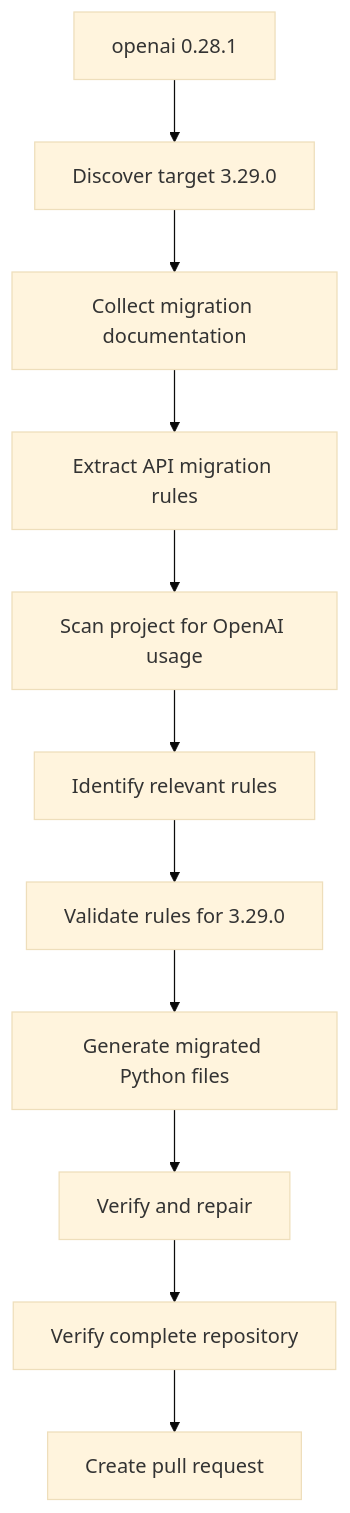
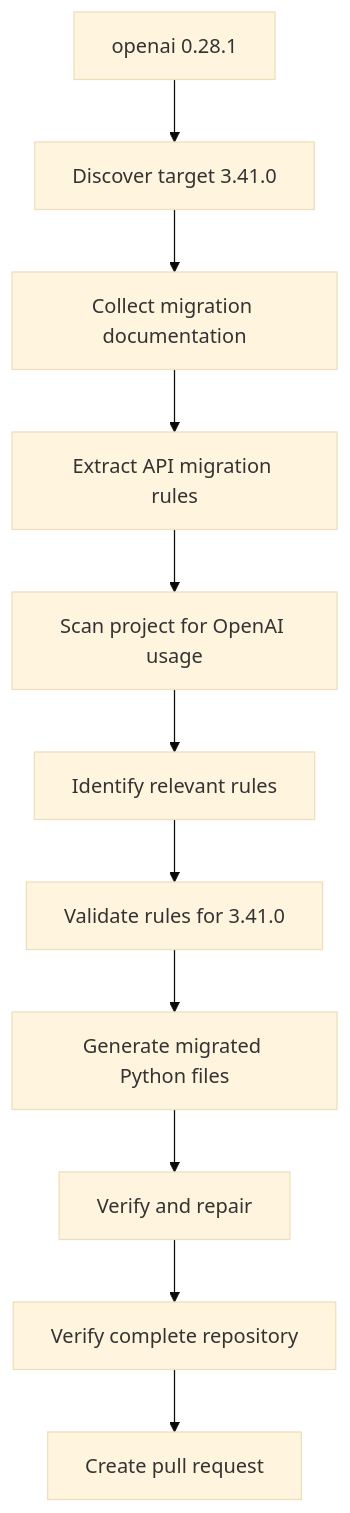
Before and after one commit to 2022n02511-stack/ASTon: the seventh of 7 diagrams in README.md, drawn with Mermaid (base theme). The commit also changed other lines of this file, not shown here.

````diff
--- a/README.md
+++ b/README.md
@@ -574,13 +625,13 @@
 ```mermaid
 flowchart TD
-    A["openai 0.28.1"] --> B["Discover target 3.29.0"]
+    A["openai 0.28.1"] --> B["Discover target 3.41.0"]
     B --> C["Collect migration documentation"]
     C --> D["Extract API migration rules"]
     D --> E["Scan project for OpenAI usage"]
     E --> F["Identify relevant rules"]
-    F --> G["Validate rules for 3.29.0"]
+    F --> G["Validate rules for 3.41.0"]
     G --> H["Generate migrated Python files"]
     H --> I["Verify and repair"]
     I --> J["Verify complete repository"]
     J --> K["Create pull request"]
 ```
````
